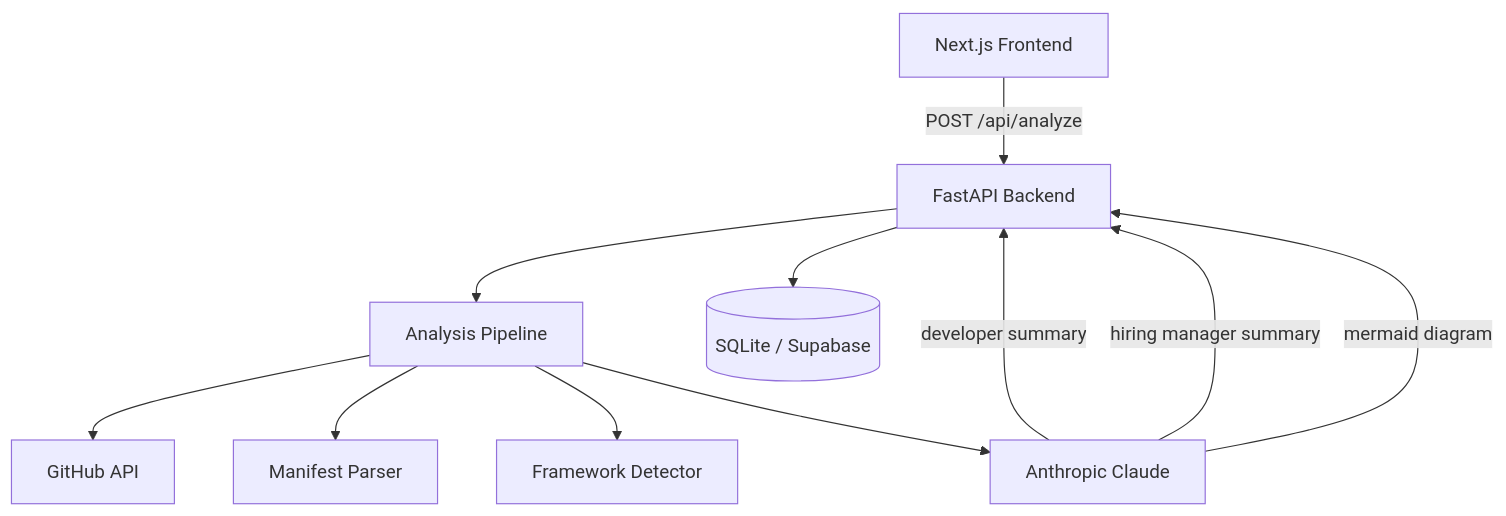
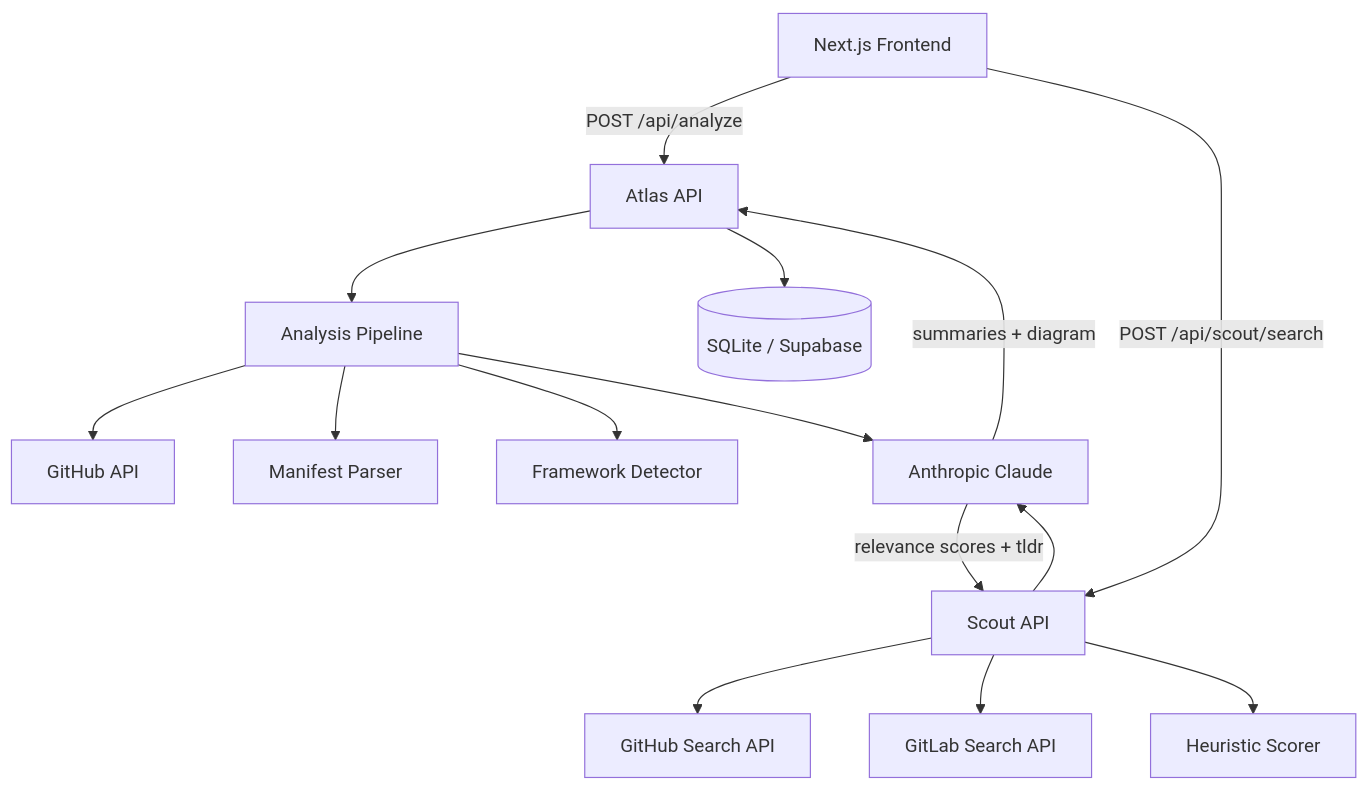
One commit to MentalVibez/AI_Architecture_Explainer changed the diagram in README.md. Above: the diagram before and after it, drawn with Mermaid. The commit also changed other lines of this file and 33 other files, not shown here.

````diff
--- a/README.md
+++ b/README.md
@@ -24,13 +49,22 @@
 ```mermaid
 graph TD
-    UI[Next.js Frontend] -->|POST /api/analyze| API[FastAPI Backend]
-    API --> Pipeline[Analysis Pipeline]
+    UI[Next.js Frontend]
+
+    UI -->|POST /api/analyze| AtlasAPI[Atlas API]
+    UI -->|POST /api/scout/search| ScoutAPI[Scout API]
+
+    AtlasAPI --> Pipeline[Analysis Pipeline]
     Pipeline --> GitHub[GitHub API]
     Pipeline --> Manifests[Manifest Parser]
     Pipeline --> Detector[Framework Detector]
     Pipeline --> LLM[Anthropic Claude]
-    API --> DB[(SQLite / Supabase)]
-    LLM -->|developer summary| API
-    LLM -->|hiring manager summary| API
-    LLM -->|mermaid diagram| API
+    AtlasAPI --> DB[(SQLite / Supabase)]
+
+    ScoutAPI --> GHSearch[GitHub Search API]
+    ScoutAPI --> GLSearch[GitLab Search API]
+    ScoutAPI --> Scorer[Heuristic Scorer]
+    ScoutAPI --> LLM
+
+    LLM -->|summaries + diagram| AtlasAPI
+    LLM -->|relevance scores + tldr| ScoutAPI
 ```
````
